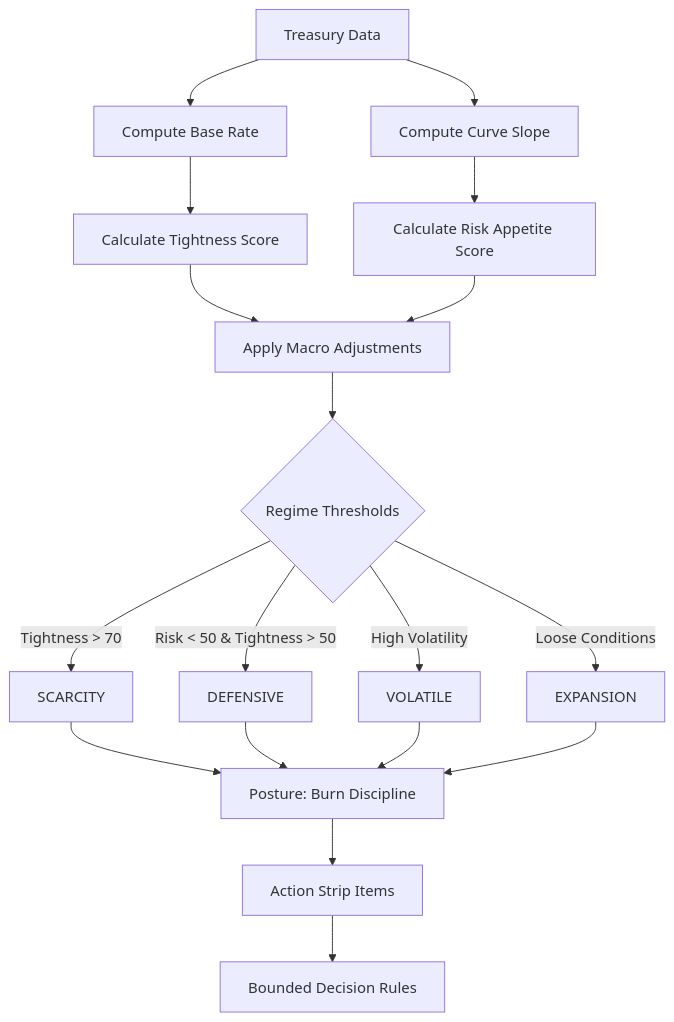
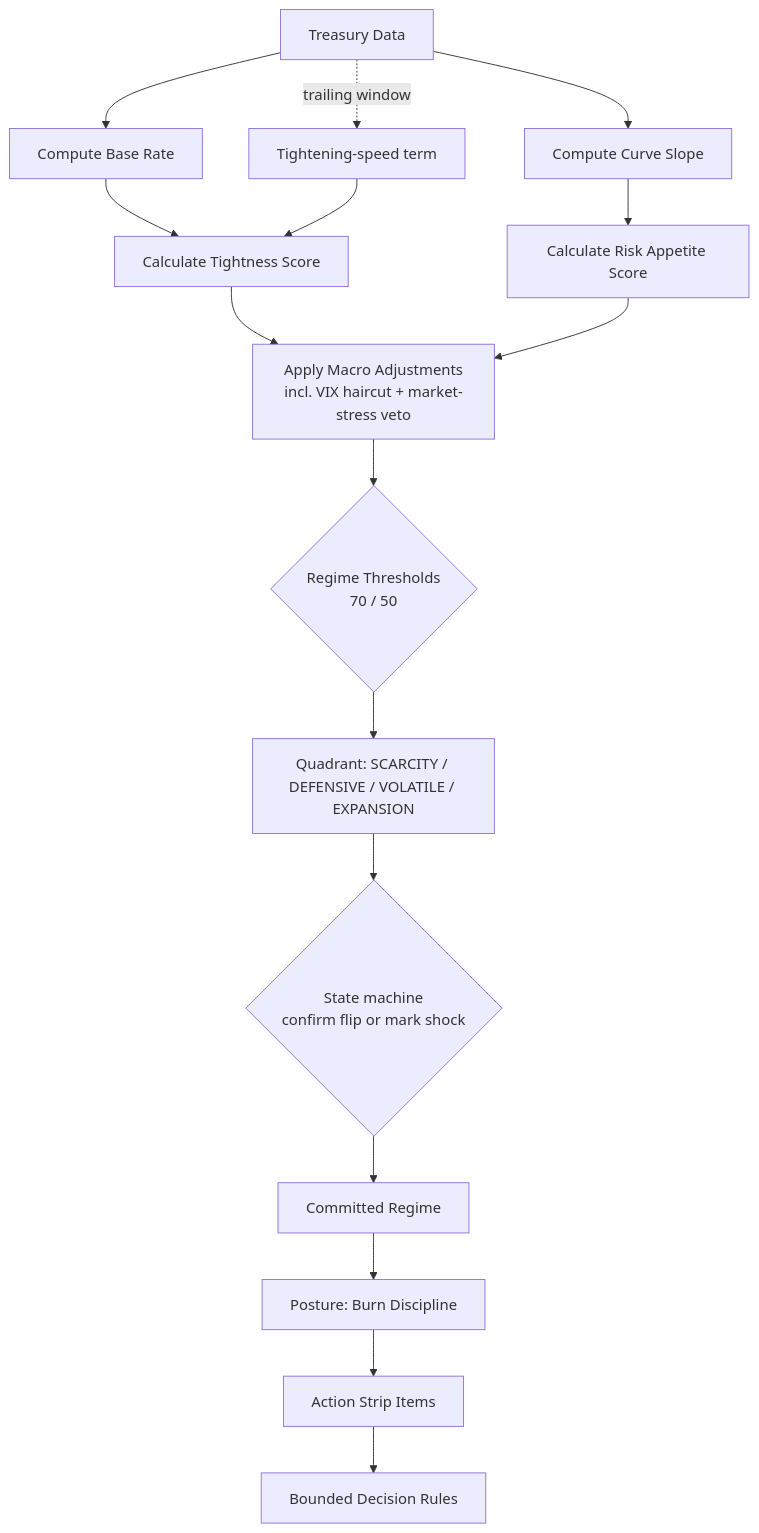
Before and after one commit to zz-plant/whether: the third of 5 diagrams in docs/architecture.md, drawn with Mermaid. The commit also changed other lines of this file and 34 other files, not shown here.

First line of the commit message:
Shock-aware regime engine

````diff
--- a/docs/architecture.md
+++ b/docs/architecture.md
@@ -132,25 +132,22 @@
 ```mermaid
 graph TD
     A[Treasury Data] --> B[Compute Base Rate]
     A --> C[Compute Curve Slope]
-    
+    A -.trailing window.-> B2[Tightening-speed term]
+
     B --> D[Calculate Tightness Score]
+    B2 --> D
     C --> E[Calculate Risk Appetite Score]
-    
-    D --> F[Apply Macro Adjustments]
+
+    D --> F[Apply Macro Adjustments<br/>incl. VIX haircut + market-stress veto]
     E --> F
-    
-    F --> G{Regime Thresholds}
-    G -->|Tightness > 70| H[SCARCITY]
-    G -->|Risk < 50 & Tightness > 50| I[DEFENSIVE]
-    G -->|High Volatility| J[VOLATILE]
-    G -->|Loose Conditions| K[EXPANSION]
-    
-    H --> L[Posture: Burn Discipline]
-    I --> L
-    J --> L
-    K --> L
-    
+
+    F --> G{Regime Thresholds<br/>70 / 50}
+    G --> H[Quadrant: SCARCITY / DEFENSIVE / VOLATILE / EXPANSION]
+    H --> I{State machine<br/>confirm flip or mark shock}
+    I --> J[Committed Regime]
+
+    J --> L[Posture: Burn Discipline]
     L --> M[Action Strip Items]
     M --> N[Bounded Decision Rules]
 ```
````
